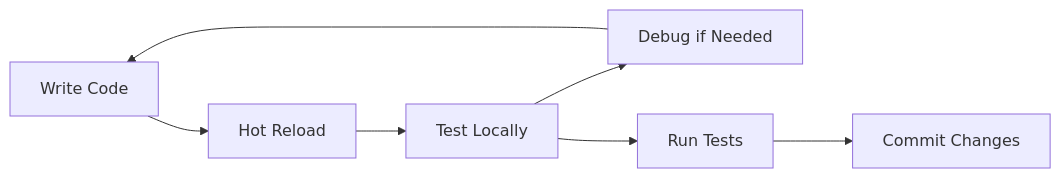
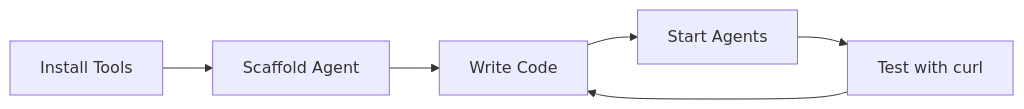
One commit to dhyansraj/mcp-mesh changed the diagram in docs/02-local-development.md. Above: the diagram before and after it, drawn with Mermaid. The commit also changed other lines of this file and 42 other files, not shown here.

````diff
--- a/docs/02-local-development.md
+++ b/docs/02-local-development.md
@@ -23,9 +11,8 @@
 ```mermaid
 graph LR
-    A[Write Code] --> B[Hot Reload]
-    B --> C[Test Locally]
-    C --> D[Debug if Needed]
-    D --> A
-    C --> E[Run Tests]
-    E --> F[Commit Changes]
+    A[Install Tools] --> B[Scaffold Agent]
+    B --> C[Write Code]
+    C --> D[Start Agents]
+    D --> E[Test with curl]
+    E --> C
 ```
````
